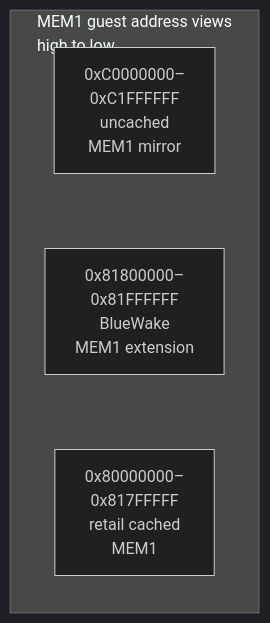
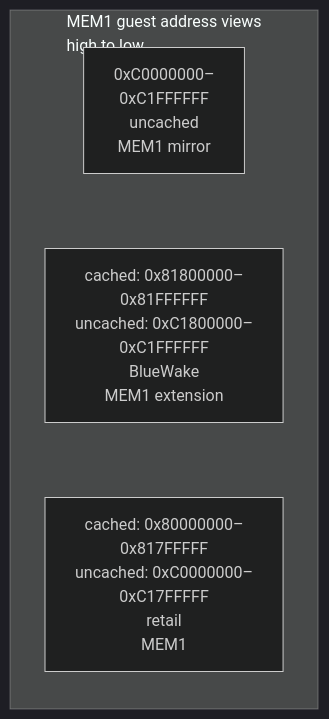
Before and after one commit to Aelbannan/boat_of_daphnes: the fourth of 6 diagrams in docs/architecture/GuestState.md, drawn with Mermaid (dark theme).

Commit message:
docs: show MEM1 uncached aliases

````diff
--- a/docs/architecture/GuestState.md
+++ b/docs/architecture/GuestState.md
@@ -446,20 +446,24 @@
 ```mermaid
 flowchart TB
     subgraph Views["MEM1 guest address views<br/>high to low"]
         direction TB
         Mirror["`0xC0000000–
 0xC1FFFFFF
 uncached
 MEM1 mirror`"]
-        Extension["`0x81800000–
+        Extension["`cached: 0x81800000–
 0x81FFFFFF
+uncached: 0xC1800000–
+0xC1FFFFFF
 BlueWake
 MEM1 extension`"]
-        Retail["`0x80000000–
+        Retail["`cached: 0x80000000–
 0x817FFFFF
-retail cached
+uncached: 0xC0000000–
+0xC17FFFFF
+retail
 MEM1`"]
 
         Mirror ~~~ Extension ~~~ Retail
     end
 ```
````
